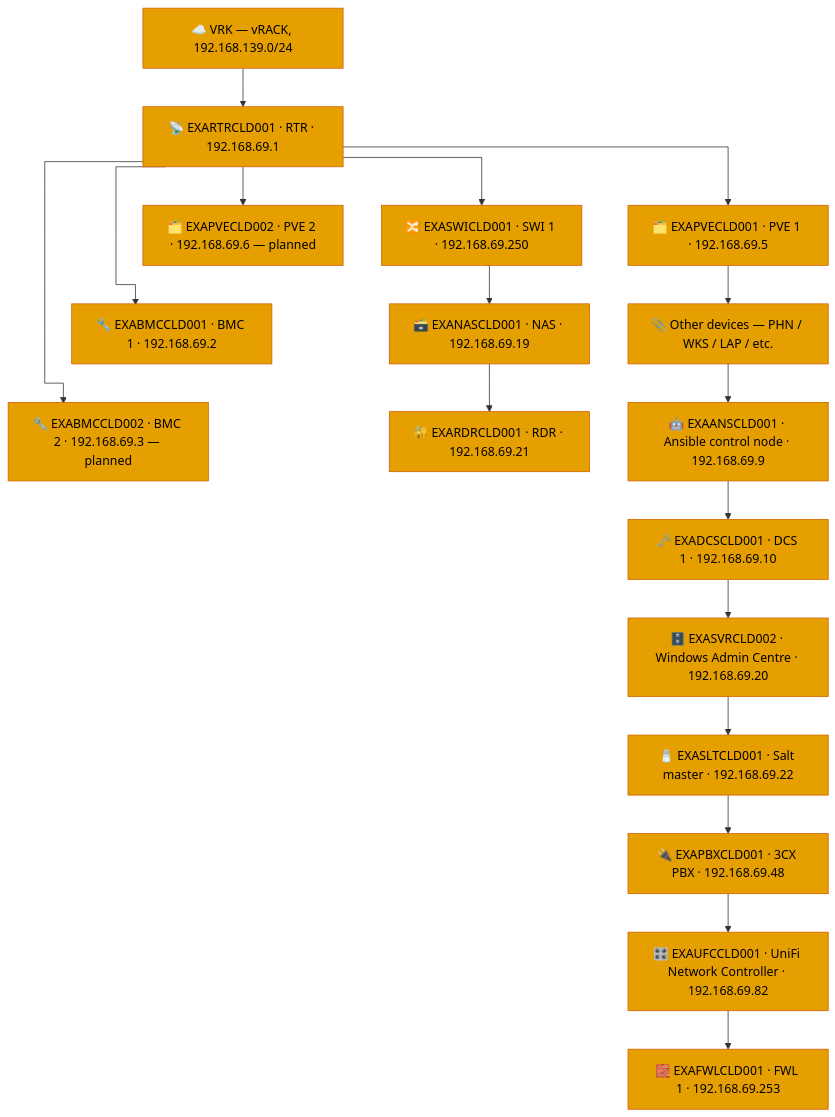
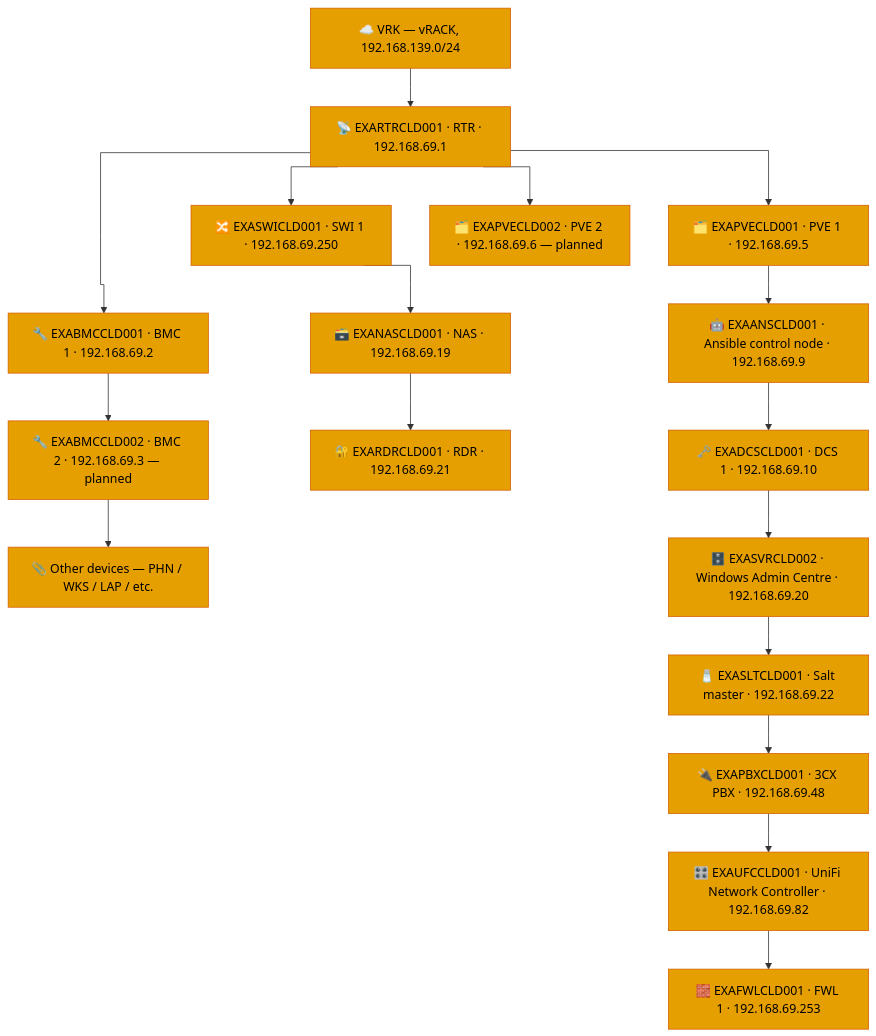
One commit to knightmare2600/example_music_infra changed the second of 2 diagrams in docs/network-diagram/cld.md. Above: the diagram before and after it, drawn with Mermaid.

Commit message:
docs/network-diagram/cld.md: move Other devices under BMC1/BMC2 column
Robert: "Other devices" belongs below EXABMCCLD002, stacked the same
way as the PVE1 VM column. Chained RTR -> BMC1 -> BMC2 -> Other
devices as a single trunk (same technique as the PVE1/SWI columns),
removed it from the front of the PVE1 VM chain. Confirmed aligned, 0
diagonal segments, via rendered SVG coordinates.

````diff
--- a/docs/network-diagram/cld.md
+++ b/docs/network-diagram/cld.md
@@ -57,52 +57,51 @@
 ```mermaid
 %%{init: {'flowchart': {'curve': 'stepAfter'}}}%%
 graph TD
     T_VRK["☁️ VRK — vRACK, 192.168.139.0/24"]
     T_RTR["📡 EXARTRCLD001 · RTR · 192.168.69.1"]
     T_SWI["🔀 EXASWICLD001 · SWI 1 · 192.168.69.250"]
     T_BMC1["🔧 EXABMCCLD001 · BMC 1 · 192.168.69.2"]
     T_BMC2["🔧 EXABMCCLD002 · BMC 2 · 192.168.69.3 — planned"]
     T_PVE1["🗂️ EXAPVECLD001 · PVE 1 · 192.168.69.5"]
     T_PVE2["🗂️ EXAPVECLD002 · PVE 2 · 192.168.69.6 — planned"]
     T_NAS["🗃️ EXANASCLD001 · NAS · 192.168.69.19"]
     T_RDR["🔐 EXARDRCLD001 · RDR · 192.168.69.21"]
     T_OTHER["📎 Other devices — PHN / WKS / LAP / etc."]
     T_ANS["🤖 EXAANSCLD001 · Ansible control node · 192.168.69.9"]
     T_DCS["🗝️ EXADCSCLD001 · DCS 1 · 192.168.69.10"]
     T_SVR["🗄️ EXASVRCLD002 · Windows Admin Centre · 192.168.69.20"]
     T_SLT["🧂 EXASLTCLD001 · Salt master · 192.168.69.22"]
     T_PBX["🔌 EXAPBXCLD001 · 3CX PBX · 192.168.69.48"]
     T_UFC["🎛️ EXAUFCCLD001 · UniFi Network Controller · 192.168.69.82"]
     T_FWL["🧱 EXAFWLCLD001 · FWL 1 · 192.168.69.253"]
 
     T_VRK --> T_RTR
     T_RTR --> T_SWI
-    T_RTR --> T_BMC1
-    T_RTR --> T_BMC2
     T_RTR --> T_PVE1
     T_RTR --> T_PVE2
     T_SWI ~~~ T_BMC1
-    T_BMC1 ~~~ T_BMC2
+
+    T_RTR --> T_BMC1 --> T_BMC2 --> T_OTHER
 
     T_SWI --> T_NAS --> T_RDR
 
-    T_PVE1 --> T_OTHER --> T_ANS --> T_DCS --> T_SVR --> T_SLT --> T_PBX --> T_UFC --> T_FWL
+    T_PVE1 --> T_ANS --> T_DCS --> T_SVR --> T_SLT --> T_PBX --> T_UFC --> T_FWL
 
     style T_VRK fill:#E69F00,stroke:#D55E00,color:#000000
     style T_RTR fill:#E69F00,stroke:#D55E00,color:#000000
     style T_SWI fill:#E69F00,stroke:#D55E00,color:#000000
     style T_BMC1 fill:#E69F00,stroke:#D55E00,color:#000000
     style T_BMC2 fill:#E69F00,stroke:#D55E00,color:#000000
     style T_PVE1 fill:#E69F00,stroke:#D55E00,color:#000000
     style T_PVE2 fill:#E69F00,stroke:#D55E00,color:#000000
     style T_NAS fill:#E69F00,stroke:#D55E00,color:#000000
     style T_RDR fill:#E69F00,stroke:#D55E00,color:#000000
     style T_OTHER fill:#E69F00,stroke:#D55E00,color:#000000
     style T_ANS fill:#E69F00,stroke:#D55E00,color:#000000
     style T_DCS fill:#E69F00,stroke:#D55E00,color:#000000
     style T_SVR fill:#E69F00,stroke:#D55E00,color:#000000
     style T_SLT fill:#E69F00,stroke:#D55E00,color:#000000
     style T_PBX fill:#E69F00,stroke:#D55E00,color:#000000
     style T_UFC fill:#E69F00,stroke:#D55E00,color:#000000
     style T_FWL fill:#E69F00,stroke:#D55E00,color:#000000
 ```
````
